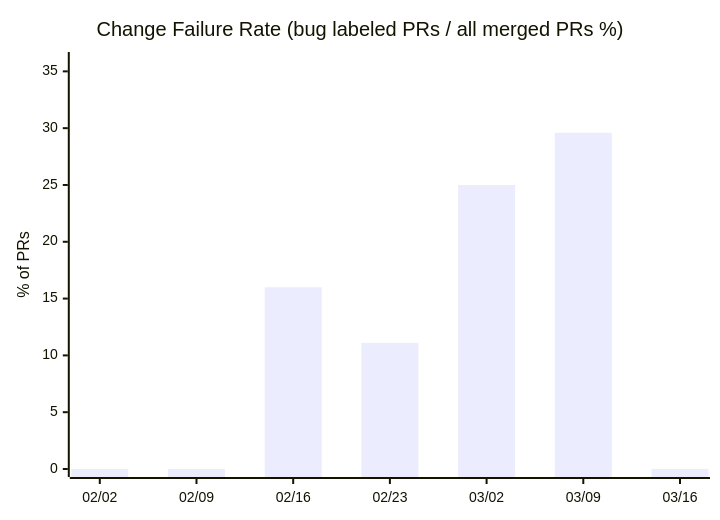
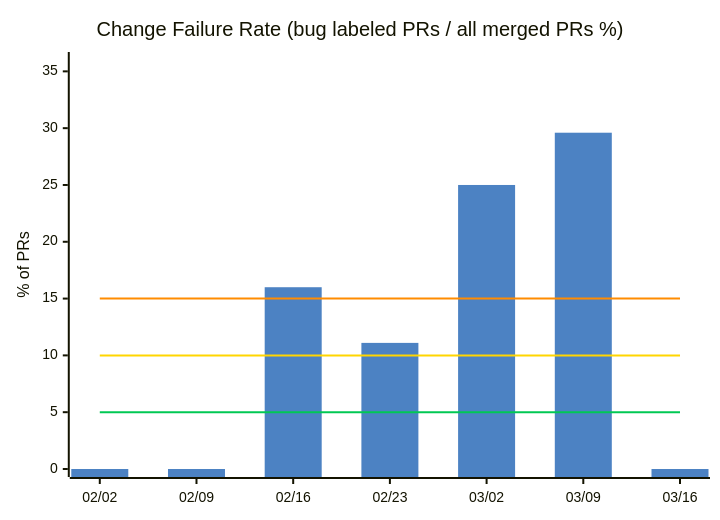
Before and after one commit to nablarch/nabledge-dev: the third of 14 diagrams in docs/metrics.md, drawn with Mermaid. The commit also changed other lines of this file, not shown here.

````diff
--- a/docs/metrics.md
+++ b/docs/metrics.md
@@ -58,7 +61,11 @@
 ```mermaid
+%%{init: {'theme': 'base', 'themeVariables': {'xyChart': {'plotColorPalette': '#4C82C3,#00C853,#FFD600,#FF8C00'}}}}%%
 xychart-beta
   title "Change Failure Rate (bug labeled PRs / all merged PRs %)"
   x-axis ["02/02", "02/09", "02/16", "02/23", "03/02", "03/09", "03/16"]
   y-axis "% of PRs" 0 --> 36
   bar [0, 0, 16, 11.1, 25, 29.6, 0]
+  line [5, 5, 5, 5, 5, 5, 5]
+  line [10, 10, 10, 10, 10, 10, 10]
+  line [15, 15, 15, 15, 15, 15, 15]
 ```
````
